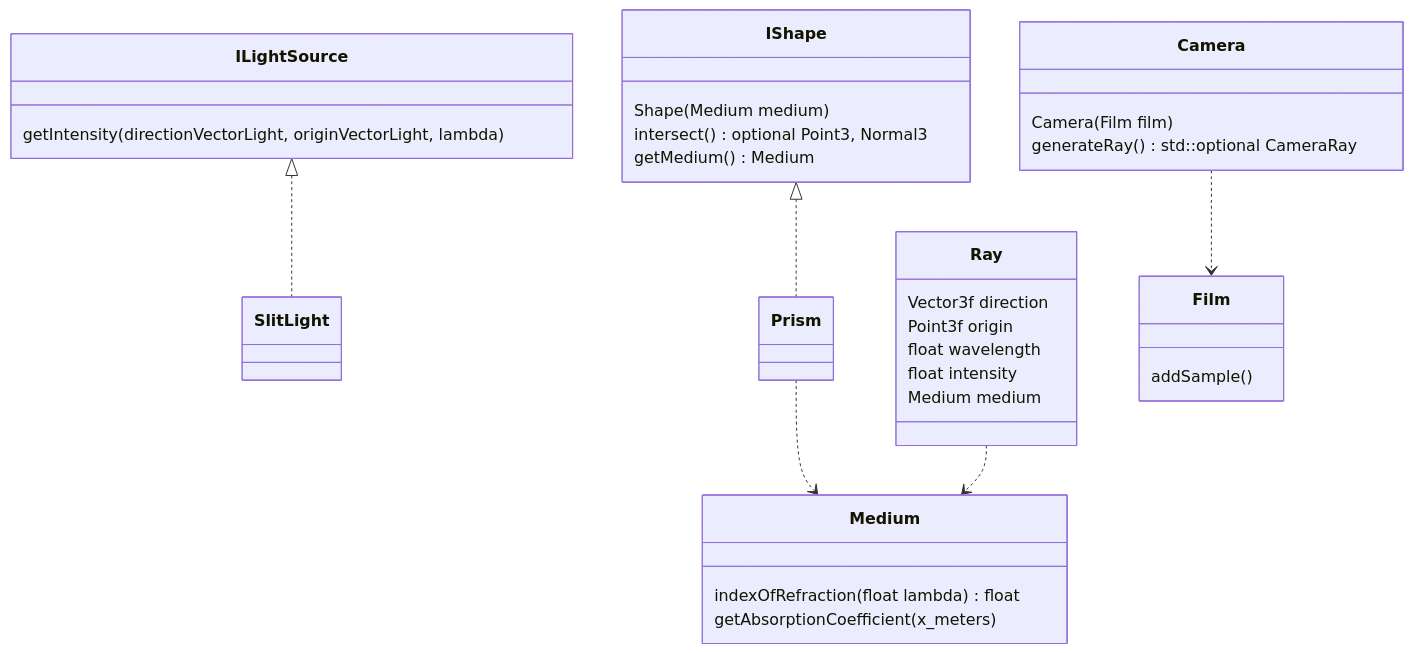
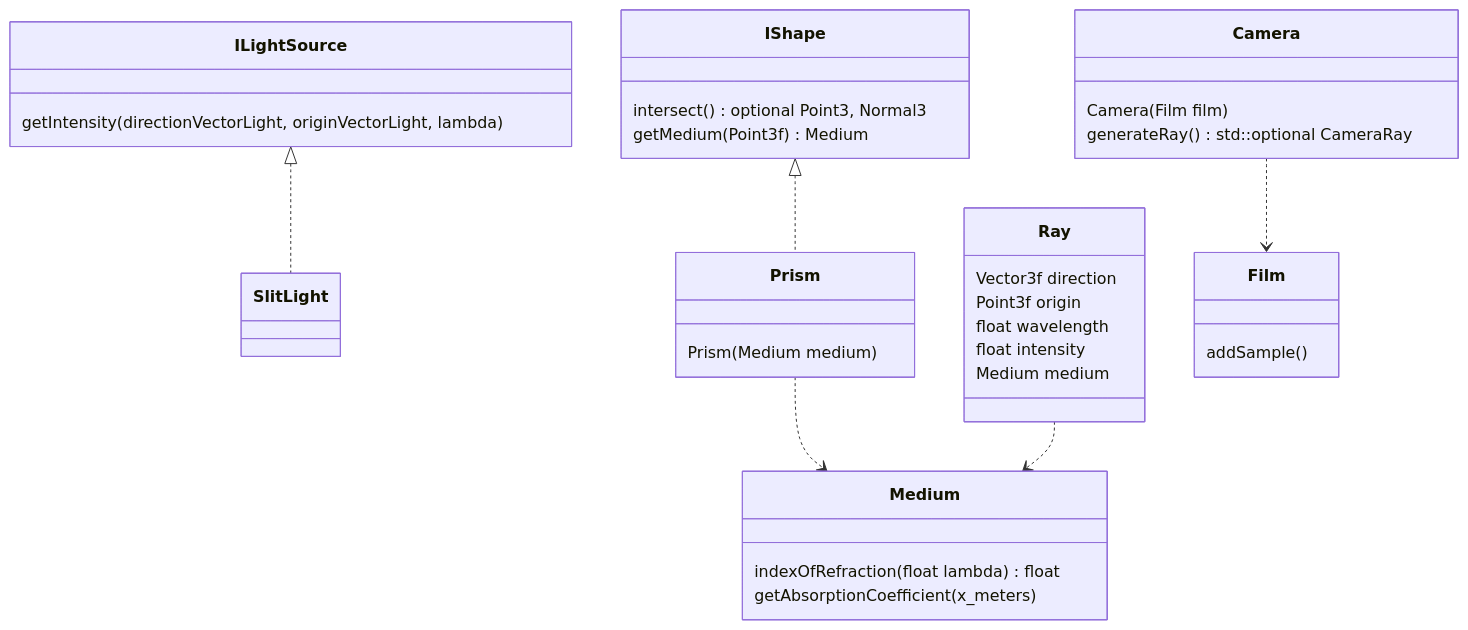
Before and after one commit to LeoKle/refractometer-raytracer: the diagram in docs/class-diagram.mmd, drawn with Mermaid.

Commit message:
docs: update IShape

```diff
--- a/docs/class-diagram.mmd
+++ b/docs/class-diagram.mmd
@@ -1,79 +1,80 @@
 classDiagram
     %% <|--	Inheritance
     %% *--	Composition
     %% o--	Aggregation
     %% -->	Association
     %% --	Link (Solid)
     %% ..>	Dependency
     %% ..|>	Realization
     %% ..	Link (Dashed)
 
     %% class Integrator {
     %%     render()
     %% }
     %% Integrator o-- ILightSource
     %% Integrator o-- ISampler
     %% Integrator o-- IShape
     %% Integrator o-- IDetector
 
 
     class ILightSource {
         getIntensity(directionVectorLight, originVectorLight, lambda)
     }
 
     class SlitLight
     ILightSource <|.. SlitLight
 
     %% class ISampler {
     %%     next1D() float
     %%     next2D() std::array<float, 2>
     %%     split(DomainKey key) ISampler
     %%     clone() ISampler
     %% }
 
     class IShape {
-        Shape(Medium medium)
         intersect() optional Point3, Normal3
-        getMedium() Medium
+        getMedium(Point3f) Medium
     }
 
-    class Prism
+    class Prism {
+        Prism(Medium medium)
+    }
     IShape <|.. Prism
 
     class  Medium {
         indexOfRefraction(float lambda) float
     }
     Prism ..> Medium
 
     %% class SellmeierMaterial
     %% IMaterial <|.. SellmeierMaterial
 
     %% class IDetector {
     %%     intersect() optional<Point3, Normal3>
     %%     AddSample(Point3, intensity)
     %% }
 
     class Medium {
         getAbsorptionCoefficient(x_meters)
     }
 
     class Ray {
         Vector3f direction
         Point3f origin
         
         float wavelength
         float intensity
 
         Medium medium
     }
     Ray ..> Medium
 
     class Camera {
         Camera(Film film)
         generateRay() std::optional CameraRay
     }
     Camera ..> Film
 
     class Film {
         addSample()
     }
```
